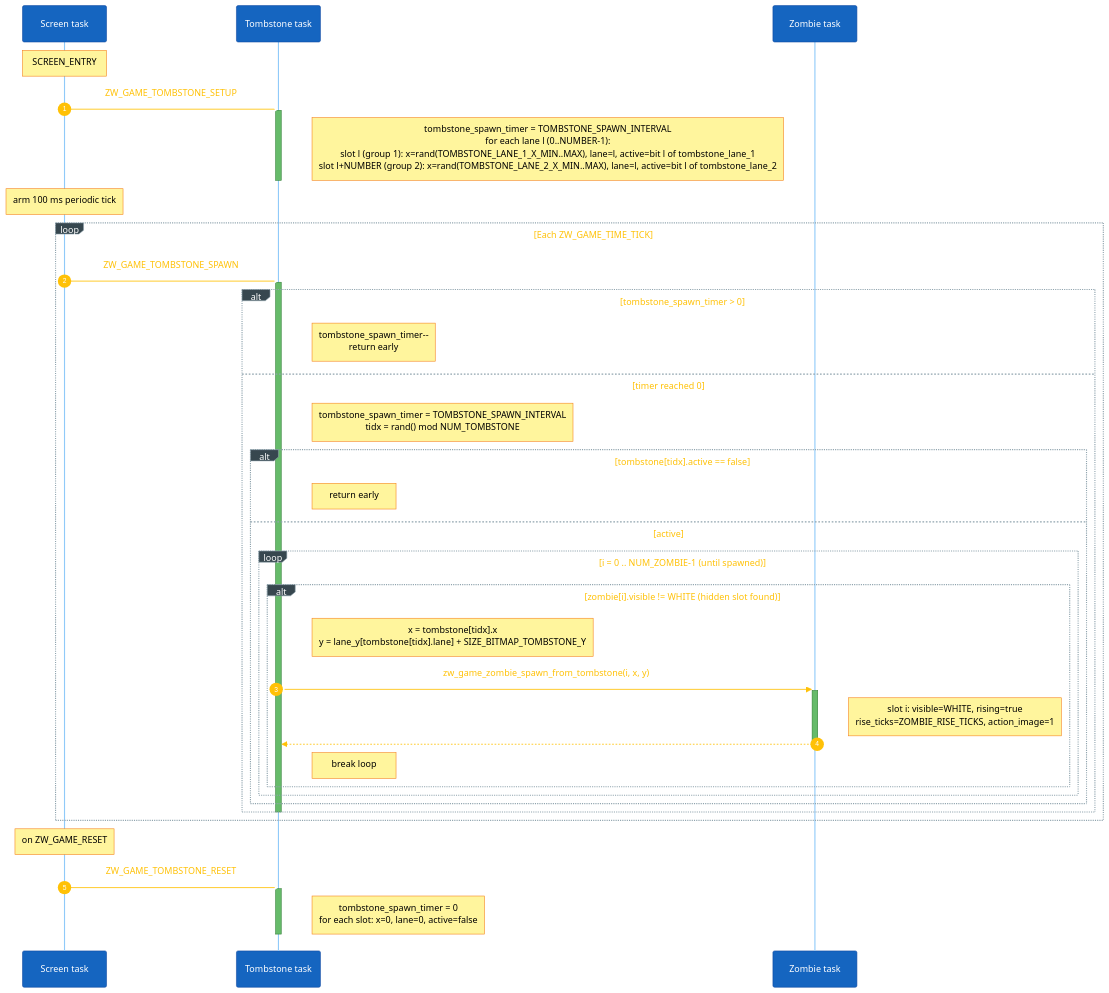
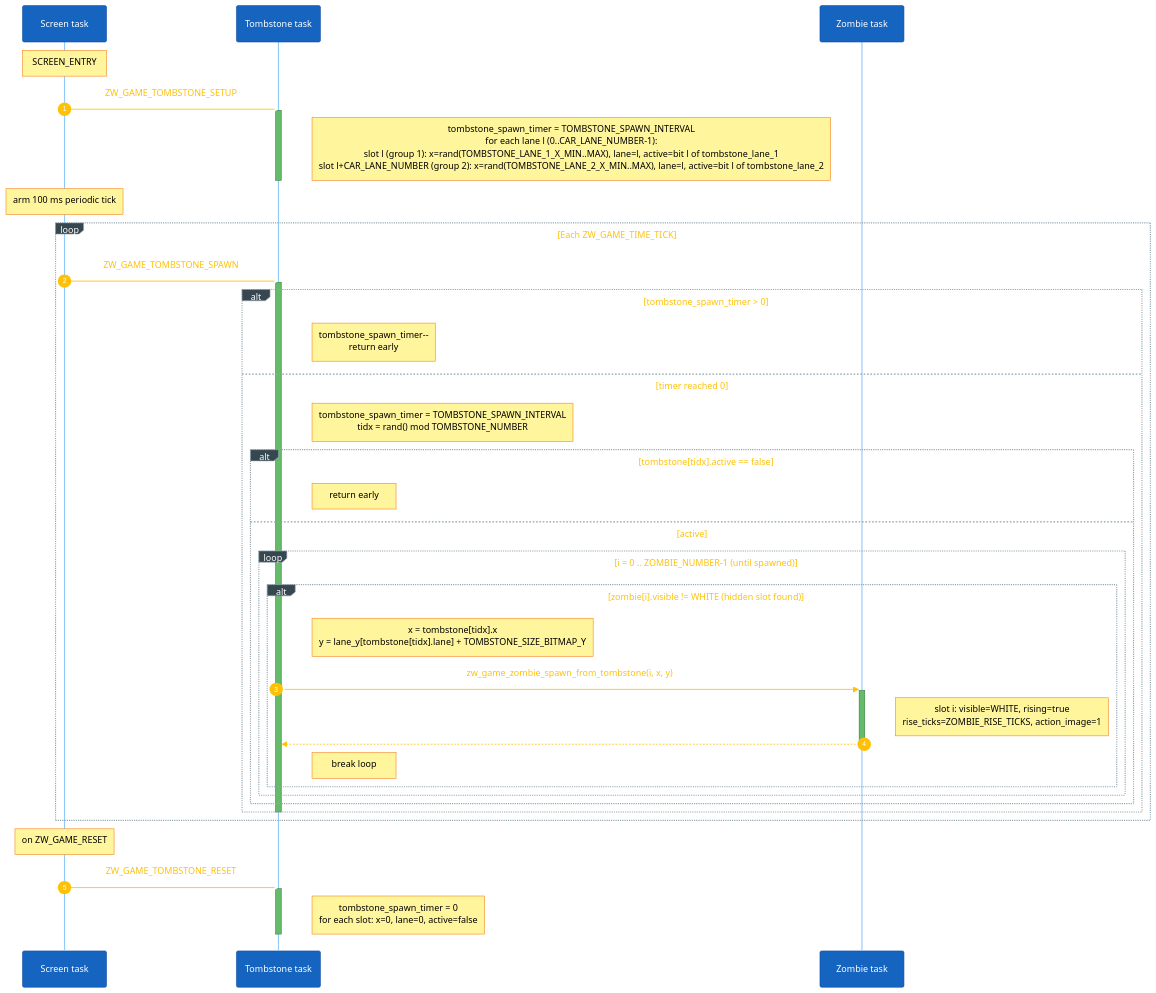
Before and after one commit to caotrongphuoc/mini-clock: the fifth of 7 diagrams in docs/03-design-sequence-object.md, drawn with Mermaid. The commit also changed other lines of this file, not shown here.

Commit message:
[UPDATE] sync sequence object doc with new macro names

````diff
--- a/docs/03-design-sequence-object.md
+++ b/docs/03-design-sequence-object.md
@@ -328,45 +328,45 @@
 ```mermaid
 %%{init: {'theme':'base','themeVariables':{'fontSize':'18px','primaryColor':'#1565c0','primaryTextColor':'#ffffff','primaryBorderColor':'#0d47a1','lineColor':'#90a4ae','signalColor':'#ffc107','signalTextColor':'#ffc107','actorBkg':'#1565c0','actorBorder':'#0d47a1','actorTextColor':'#ffffff','actorLineColor':'#90caf9','noteBkgColor':'#fff59d','noteTextColor':'#000000','noteBorderColor':'#f57f17','activationBkgColor':'#66bb6a','activationBorderColor':'#2e7d32','sequenceNumberColor':'#ffffff','loopTextColor':'#ffc107','labelBoxBkgColor':'#37474f','labelBoxBorderColor':'#90a4ae','labelTextColor':'#ffffff'},'sequence':{'actorMargin':120,'messageFontSize':17,'noteFontSize':15,'actorFontSize':17,'boxMargin':15,'boxTextMargin':8,'noteMargin':12,'useMaxWidth':false}}}%%
 sequenceDiagram
     autonumber
     participant Scr as Screen task
     participant Tmb as Tombstone task
     participant Zmb as Zombie task
 
     Note over Scr: SCREEN_ENTRY
     Scr-)Tmb: ZW_GAME_TOMBSTONE_SETUP
     activate Tmb
-    Note right of Tmb: tombstone_spawn_timer = TOMBSTONE_SPAWN_INTERVAL<br/>for each lane l (0..NUMBER-1):<br/>  slot l (group 1): x=rand(TOMBSTONE_LANE_1_X_MIN..MAX), lane=l, active=bit l of tombstone_lane_1<br/>  slot l+NUMBER (group 2): x=rand(TOMBSTONE_LANE_2_X_MIN..MAX), lane=l, active=bit l of tombstone_lane_2
+    Note right of Tmb: tombstone_spawn_timer = TOMBSTONE_SPAWN_INTERVAL<br/>for each lane l (0..CAR_LANE_NUMBER-1):<br/>  slot l (group 1): x=rand(TOMBSTONE_LANE_1_X_MIN..MAX), lane=l, active=bit l of tombstone_lane_1<br/>  slot l+CAR_LANE_NUMBER (group 2): x=rand(TOMBSTONE_LANE_2_X_MIN..MAX), lane=l, active=bit l of tombstone_lane_2
     deactivate Tmb
     Note over Scr: arm 100 ms periodic tick
 
     loop Each ZW_GAME_TIME_TICK
         Scr-)Tmb: ZW_GAME_TOMBSTONE_SPAWN
         activate Tmb
         alt tombstone_spawn_timer > 0
             Note right of Tmb: tombstone_spawn_timer--<br/>return early
         else timer reached 0
-            Note right of Tmb: tombstone_spawn_timer = TOMBSTONE_SPAWN_INTERVAL<br/>tidx = rand() mod NUM_TOMBSTONE
+            Note right of Tmb: tombstone_spawn_timer = TOMBSTONE_SPAWN_INTERVAL<br/>tidx = rand() mod TOMBSTONE_NUMBER
             alt tombstone[tidx].active == false
                 Note right of Tmb: return early
             else active
-                loop i = 0 .. NUM_ZOMBIE-1 (until spawned)
+                loop i = 0 .. ZOMBIE_NUMBER-1 (until spawned)
                     alt zombie[i].visible != WHITE (hidden slot found)
-                        Note right of Tmb: x = tombstone[tidx].x<br/>y = lane_y[tombstone[tidx].lane] + SIZE_BITMAP_TOMBSTONE_Y
+                        Note right of Tmb: x = tombstone[tidx].x<br/>y = lane_y[tombstone[tidx].lane] + TOMBSTONE_SIZE_BITMAP_Y
                         Tmb->>+Zmb: zw_game_zombie_spawn_from_tombstone(i, x, y)
                         Note right of Zmb: slot i: visible=WHITE, rising=true<br/>rise_ticks=ZOMBIE_RISE_TICKS, action_image=1
                         Zmb-->>-Tmb: 
                         Note right of Tmb: break loop
                     end
                 end
             end
         end
         deactivate Tmb
     end
 
     Note over Scr: on ZW_GAME_RESET
     Scr-)Tmb: ZW_GAME_TOMBSTONE_RESET
     activate Tmb
     Note right of Tmb: tombstone_spawn_timer = 0<br/>for each slot: x=0, lane=0, active=false
     deactivate Tmb
 ```
````
